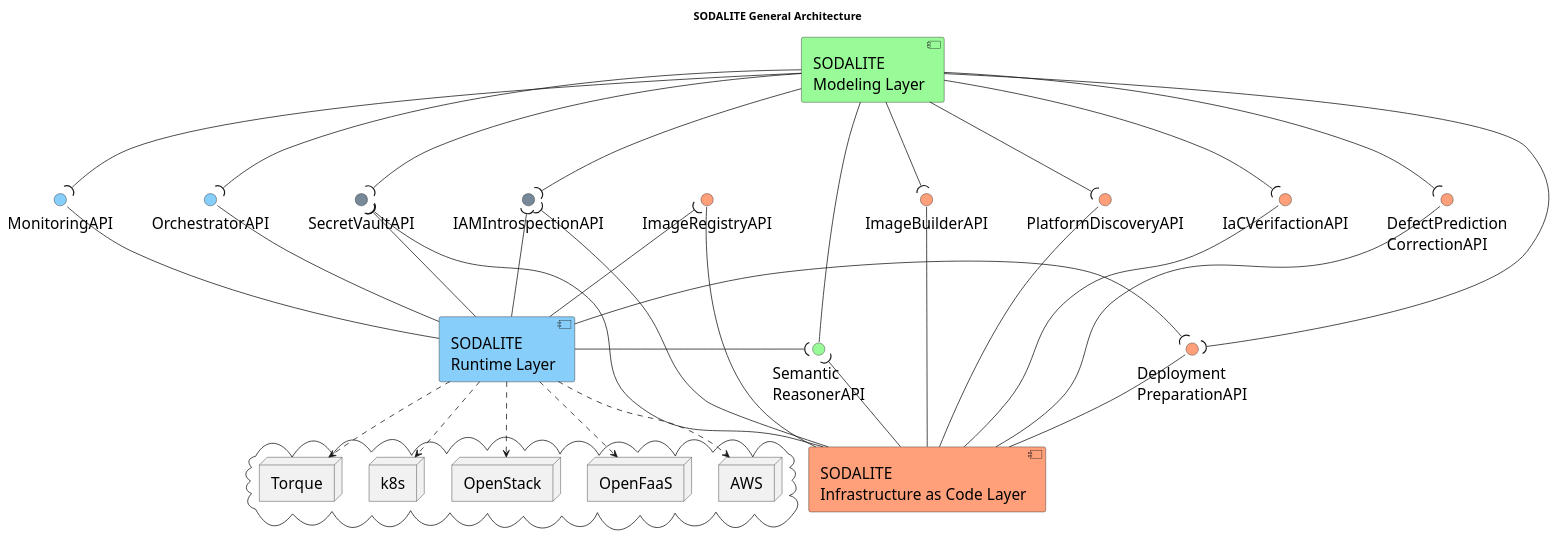
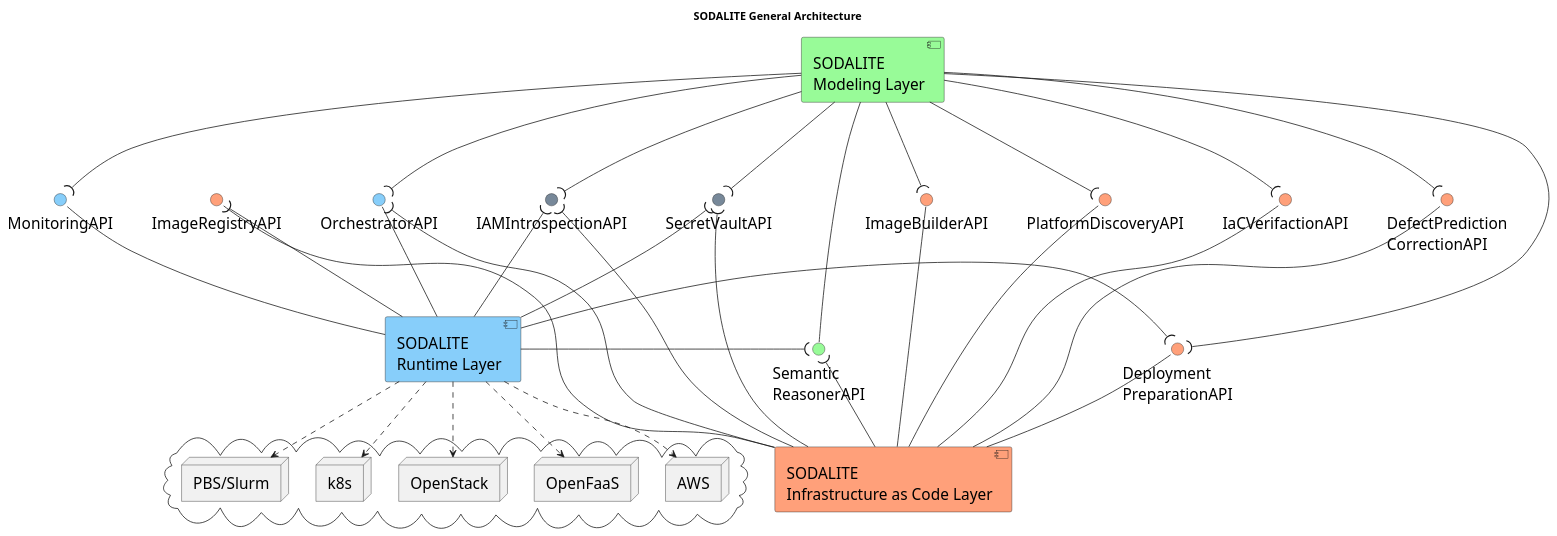
One commit to SODALITE-EU/project-wide-documentation changed the diagram in uml/component-diagrams/CD-SODALITEGeneralArchitecture - by layers.puml. Above: the diagram before and after it, drawn with PlantUML.

Commit message:
Added support for Slurm (Torque>PBS) and added missing IaCLayer->Orchestrator API

```diff
--- a/uml/component-diagrams/CD-SODALITEGeneralArchitecture - by layers.puml
+++ b/uml/component-diagrams/CD-SODALITEGeneralArchitecture - by layers.puml
@@ -1,73 +1,75 @@
 @startuml
 
 title SODALITE General Architecture
 
 skinparam fixCircleLabelOverlapping true 
 skinparam defaultFontSize 20
 
 'WP3 modelling layer
 [SODALITE\nModeling Layer] as WP3 #PaleGreen
 interface "Semantic\nReasonerAPI" as sem #PaleGreen
 WP3 -d- sem
 
 'WP4 infrastructure as Code layer
 [SODALITE\nInfrastructure as Code Layer] as WP4 #LightSalmon
 interface "Deployment\nPreparationAPI" as dep #LightSalmon
 interface "DefectPrediction\nCorrectionAPI" as defect #LightSalmon
 interface "IaCVerifactionAPI" as verif #LightSalmon
 interface "ImageRegistryAPI" as imagereg  #LightSalmon
 interface "ImageBuilderAPI" as imagebuilder  #LightSalmon
 interface "PlatformDiscoveryAPI" as pds #LightSalmon
 WP4 -u- dep
 WP4 -u- defect
 WP4 -u- verif
 WP4 -u- pds
 WP4 -d- imagereg
 WP4 -u- imagebuilder
 
+
 'WP4 infrastructure as Code layer
 [SODALITE\nRuntime Layer] as WP5 #LightSkyBlue
 interface "MonitoringAPI" as mon #LightSkyBlue
 interface "OrchestratorAPI" as orch #LightSkyBlue
 WP5 -u- mon 
 WP5 -u- orch
 
 'security APIs
 interface "IAMIntrospectionAPI" as IAMApi #LightSlateGrey
 interface "SecretVaultAPI" as VaultAPI #LightSlateGrey
 
 cloud {
     node OpenStack
     node k8s as K8S
-    node Torque
+    node "PBS/Slurm" as wlm
     node AWS
     node OpenFaaS
 }
 
 WP3 -d-( IAMApi
 WP3 -d-( VaultAPI
 WP3 -d-( dep
 WP3 -d-( defect
 WP3 -d-( verif
 WP3 -d-( mon
 WP3 -d-( orch
 WP3 -d-( imagebuilder
 WP3 -d-( pds
 
 WP4 -u-( IAMApi
 WP4 -u-( VaultAPI
 WP4 -u-( sem
+WP4 -u-( orch
 
 WP5 -u-( IAMApi
 WP5 -u-( VaultAPI
 WP5 -u-( imagereg
 WP5 -r-( dep
 WP5 -r-( sem
 
 WP5 .d.> OpenStack
 WP5 .d.> K8S
-WP5 .d.> Torque
+WP5 .d.> wlm
 WP5 .d.> AWS
 WP5 .d.> OpenFaaS
 
 @enduml
```
